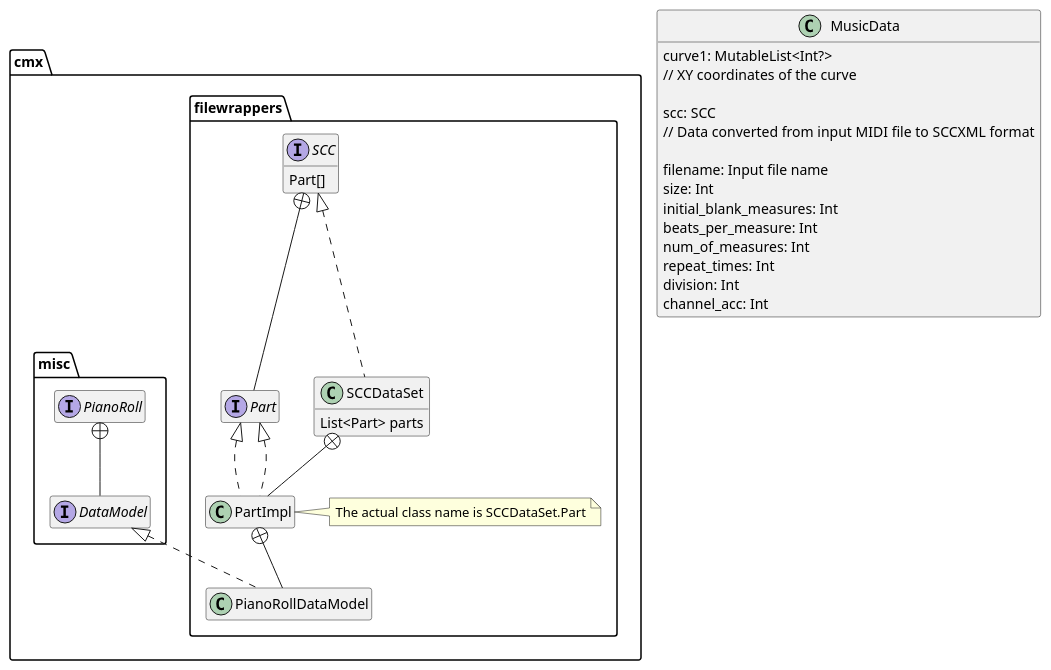
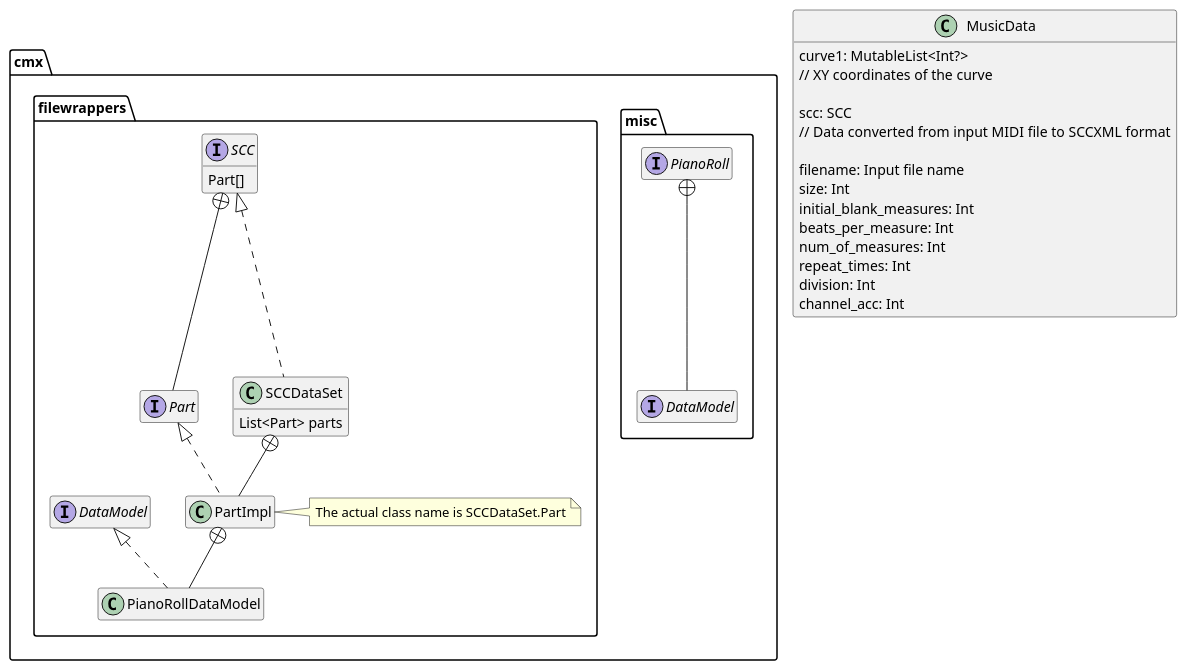
One commit to fujiij/plantuml changed the diagram in diagrams/test3.puml. Above: the diagram before and after it, drawn with PlantUML.

```diff
--- a/diagrams/test3.puml
+++ b/diagrams/test3.puml
@@ -1,50 +1,49 @@
 @startuml
 'https://plantuml.com/class-diagram
 hide empty members
 
 class MusicData {
     curve1: MutableList<Int?>
     // XY coordinates of the curve
 
     scc: SCC
     // Data converted from input MIDI file to SCCXML format
 
     filename: Input file name
     size: Int
     initial_blank_measures: Int
     beats_per_measure: Int
     num_of_measures: Int
     repeat_times: Int
     division: Int
     channel_acc: Int
 }
 
 package "cmx" {
+    package "misc" {
+        interface PianoRoll {
+        }
+        interface DataModel
+        PianoRoll +-- DataModel
+    }
     package "filewrappers" {
         interface SCC {
             Part[]
         }
         interface Part
         SCC +-- Part
         class SCCDataSet implements SCC {
             List<Part> parts
         }
         class PartImpl implements Part
         SCCDataSet +-- PartImpl
         note right of PartImpl
             The actual class name is SCCDataSet.Part
         end note
 
-        class PianoRollDataModel implements cmx.misc.DataModel
-        class PartImpl implements Part
+        class PianoRollDataModel implements DataModel
         PartImpl +-- PianoRollDataModel
-    }
-    package "misc" {
-        interface PianoRoll {
-        }
-        interface DataModel
-        PianoRoll +-- DataModel
     }
 }
 
 @enduml
```
